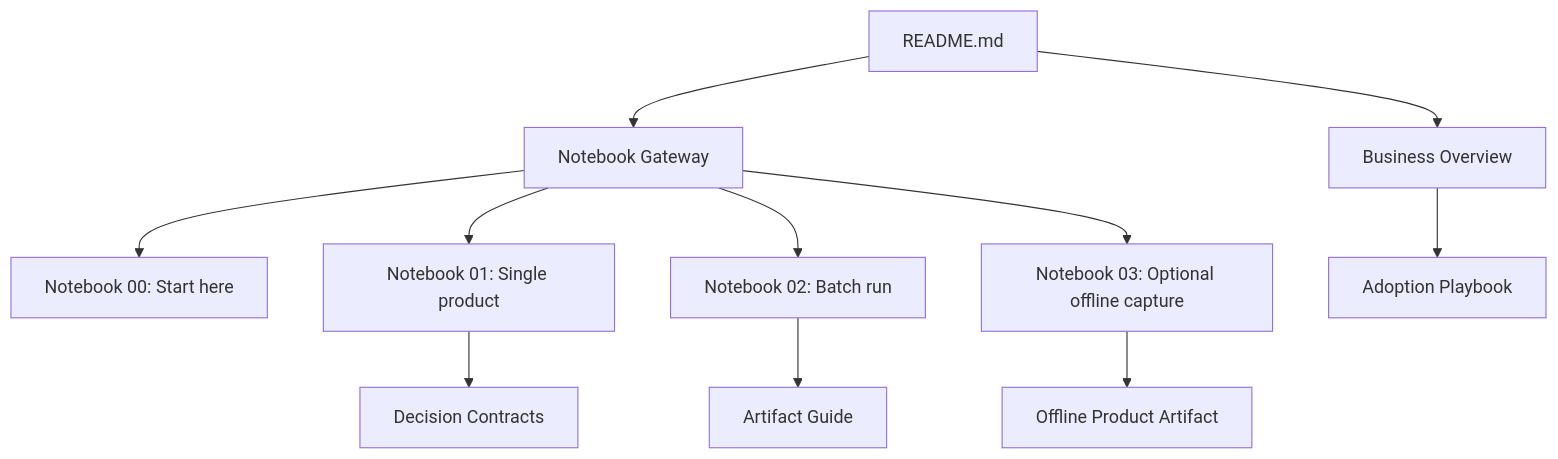
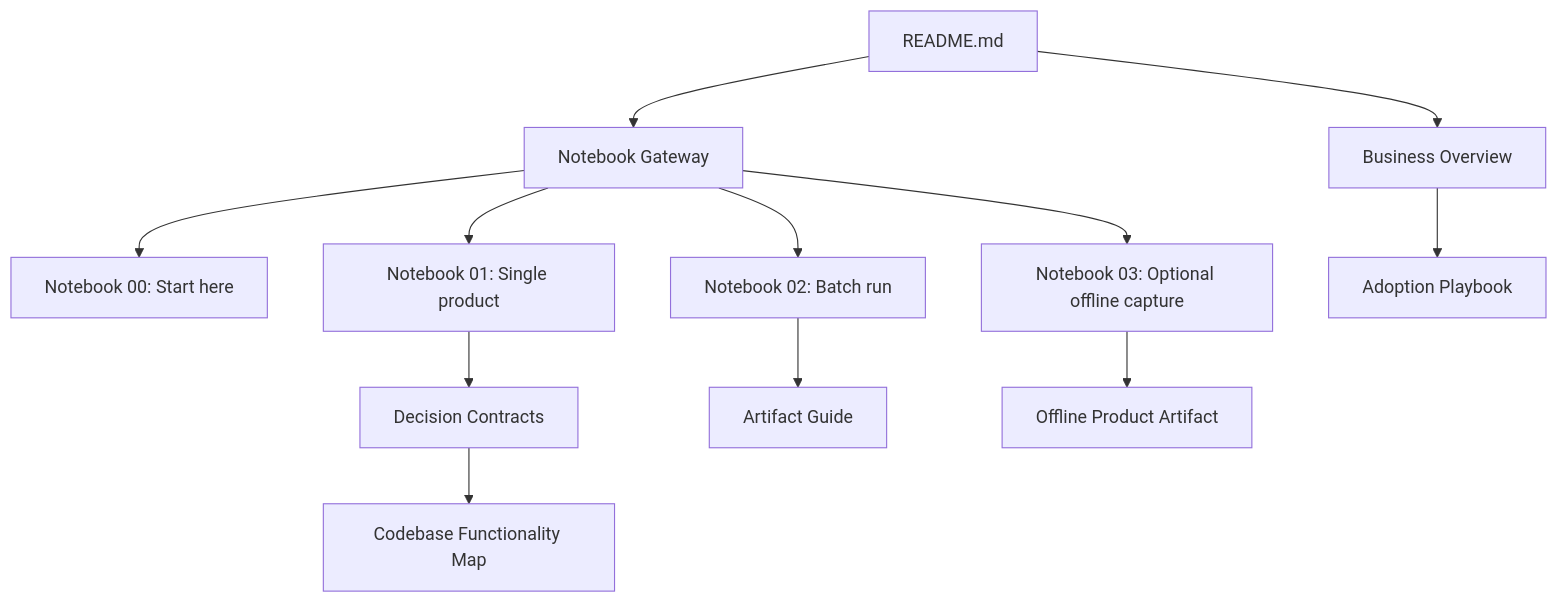
One commit to Akilankm/web_search_tool changed the first of 2 diagrams in docs/README.md. Above: the diagram before and after it, drawn with Mermaid. The commit also changed other lines of this file, not shown here.

Commit message:
Link codebase functionality map in docs index

````diff
--- a/docs/README.md
+++ b/docs/README.md
@@ -5,13 +5,14 @@
 ```mermaid
 flowchart TD
     A[README.md] --> B[Business Overview]
     A --> C[Notebook Gateway]
     C --> D[Notebook 00: Start here]
     C --> E[Notebook 01: Single product]
     C --> F[Notebook 02: Batch run]
     C --> G[Notebook 03: Optional offline capture]
     B --> H[Adoption Playbook]
     E --> I[Decision Contracts]
     F --> J[Artifact Guide]
     G --> K[Offline Product Artifact]
+    I --> L[Codebase Functionality Map]
 ```
````
